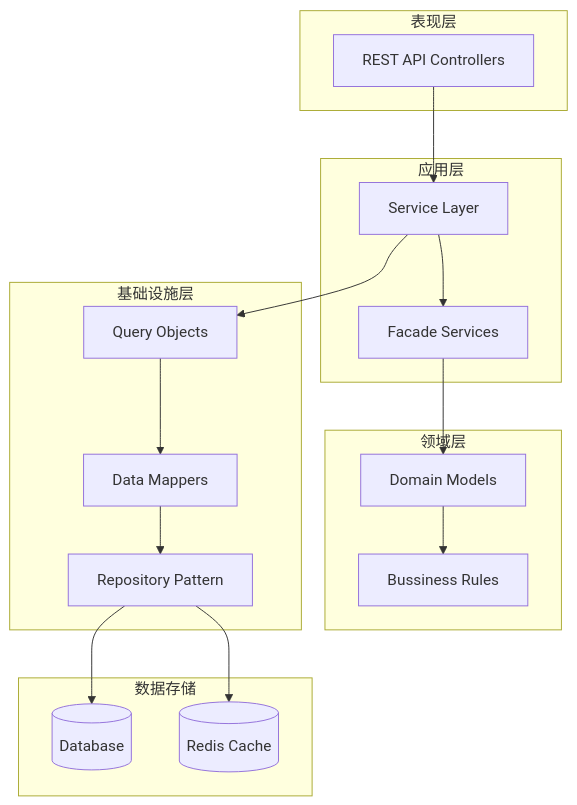
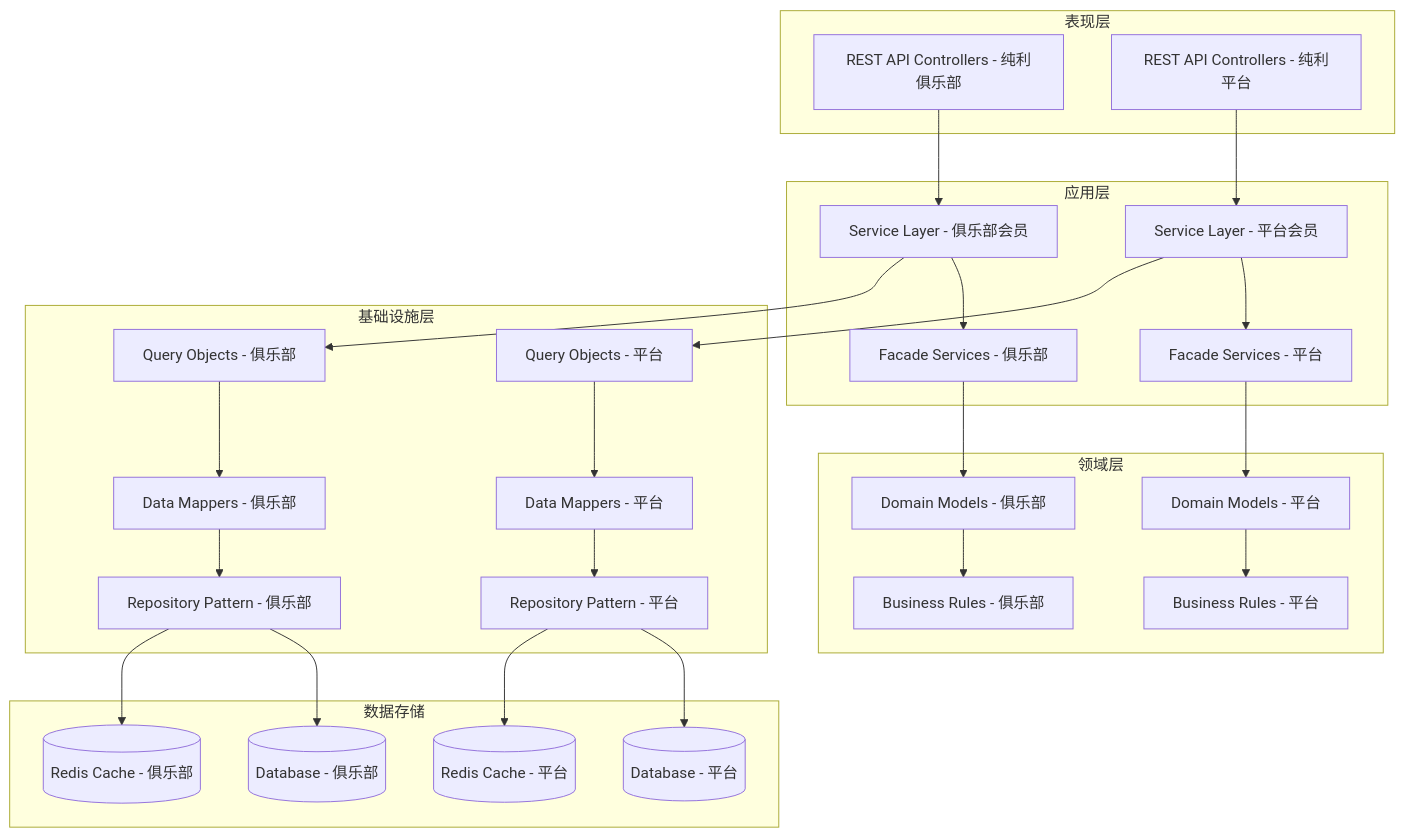
The second of 13 diagrams in .qoder/repowiki/zh/content/业务模块/会员管理模块/会员管理模块.md (rc558620/purelyprofit-server), drawn with Mermaid before and after one commit. The commit also changed other lines of this file and 320 other files, not shown here.

````diff
--- a/.qoder/repowiki/zh/content/业务模块/会员管理模块/会员管理模块.md
+++ b/.qoder/repowiki/zh/content/业务模块/会员管理模块/会员管理模块.md
@@ -146,32 +202,51 @@
 ```mermaid
 graph TB
 subgraph "表现层"
-API[REST API Controllers]
+API1[REST API Controllers - 纯利俱乐部]
+API2[REST API Controllers - 纯利平台]
 end
 subgraph "应用层"
-SVC[Service Layer]
-FAC[Facade Services]
+SVC1[Service Layer - 俱乐部会员]
+SVC2[Service Layer - 平台会员]
+FAC1[Facade Services - 俱乐部]
+FAC2[Facade Services - 平台]
 end
 subgraph "领域层"
-DOMAIN[Domain Models]
-RULES[Bussiness Rules]
+DOMAIN1[Domain Models - 俱乐部]
+DOMAIN2[Domain Models - 平台]
+RULES1[Business Rules - 俱乐部]
+RULES2[Business Rules - 平台]
 end
 subgraph "基础设施层"
-QUERY[Query Objects]
-MAPPER[Data Mappers]
-REPO[Repository Pattern]
+QUERY1[Query Objects - 俱乐部]
+QUERY2[Query Objects - 平台]
+MAPPER1[Data Mappers - 俱乐部]
+MAPPER2[Data Mappers - 平台]
+REPO1[Repository Pattern - 俱乐部]
+REPO2[Repository Pattern - 平台]
 end
 subgraph "数据存储"
-DB[(Database)]
-CACHE[(Redis Cache)]
+DB1[(Database - 俱乐部)]
+DB2[(Database - 平台)]
+CACHE1[(Redis Cache - 俱乐部)]
+CACHE2[(Redis Cache - 平台)]
 end
-API --> SVC
-SVC --> FAC
-FAC --> DOMAIN
-DOMAIN --> RULES
-SVC --> QUERY
-QUERY --> MAPPER
-MAPPER --> REPO
-REPO --> DB
-REPO --> CACHE
+API1 --> SVC1
+API2 --> SVC2
+SVC1 --> FAC1
+SVC2 --> FAC2
+FAC1 --> DOMAIN1
+FAC2 --> DOMAIN2
+DOMAIN1 --> RULES1
+DOMAIN2 --> RULES2
+SVC1 --> QUERY1
+SVC2 --> QUERY2
+QUERY1 --> MAPPER1
+QUERY2 --> MAPPER2
+MAPPER1 --> REPO1
+MAPPER2 --> REPO2
+REPO1 --> DB1
+REPO2 --> DB2
+REPO1 --> CACHE1
+REPO2 --> CACHE2
 ```
````
